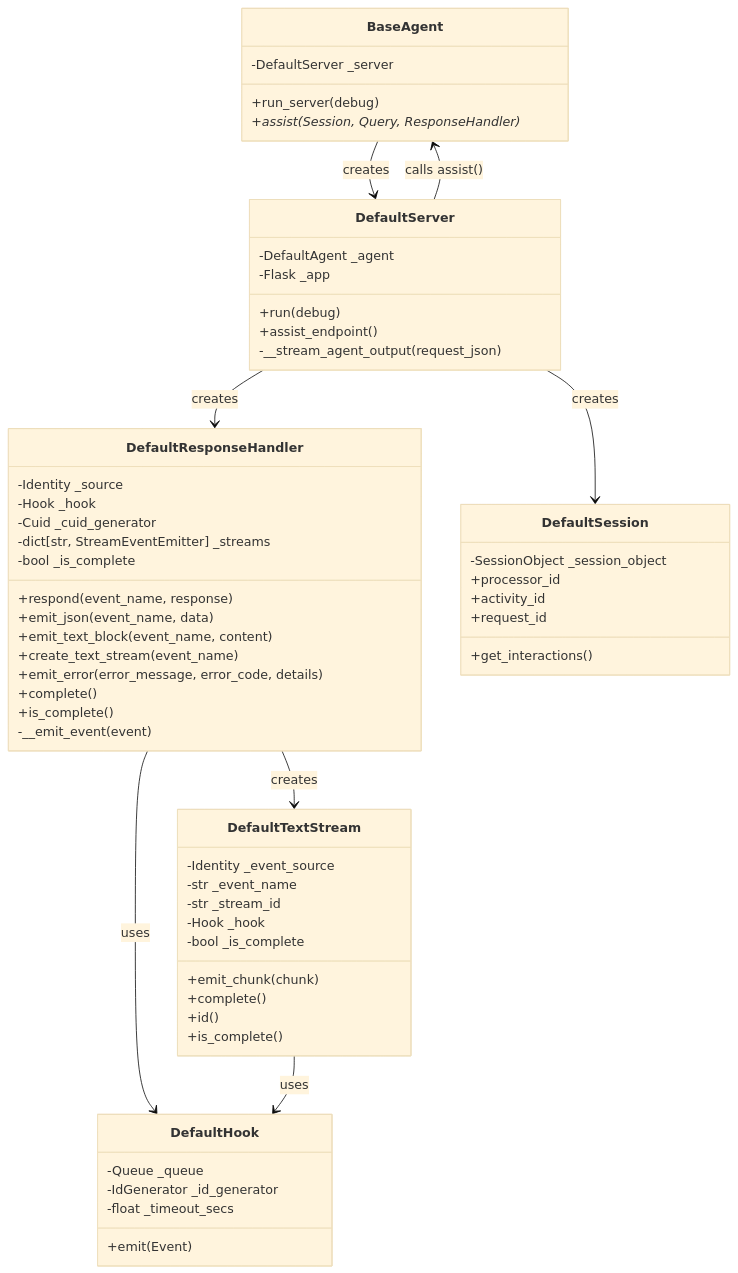
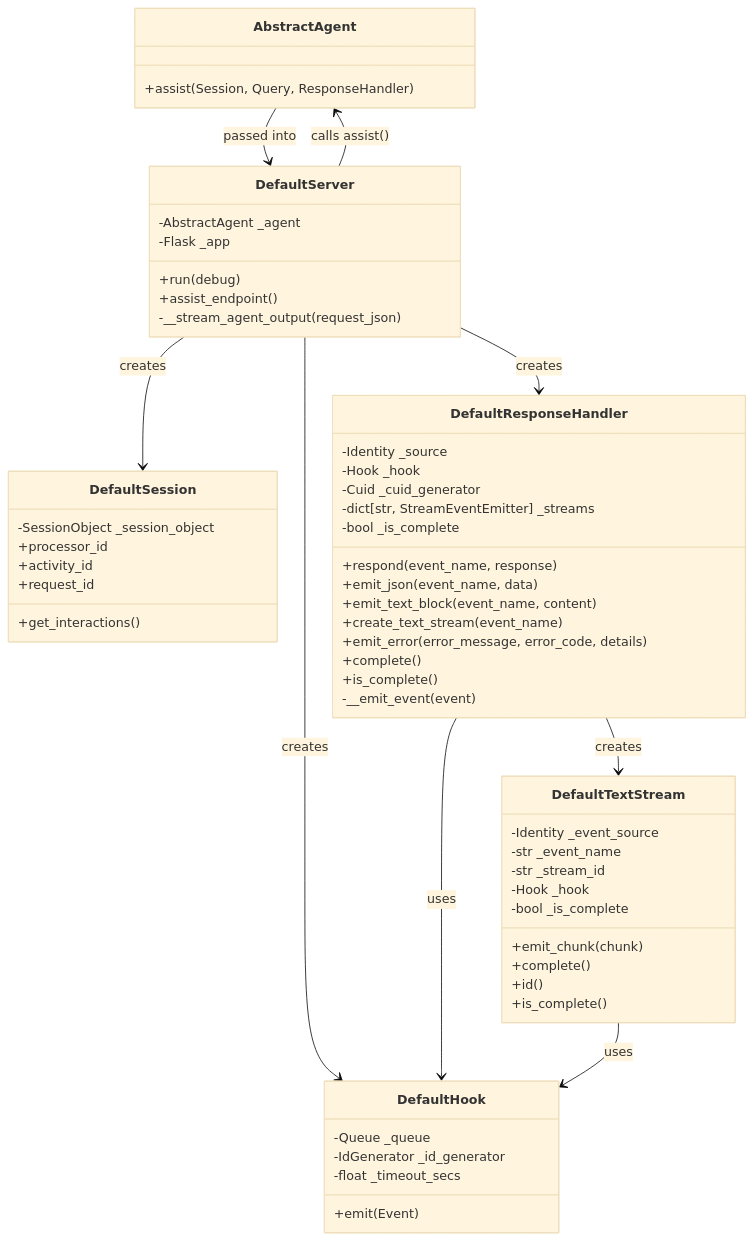
The first of 3 diagrams in src/sentient_agent_framework/implementation/README.md (sentient-agi/Sentient-Agent-Framework), drawn with Mermaid (base theme) before and after one commit. The commit also changed other lines of this file and 6 other files, not shown here.

First line of the commit message:
Change architecture (pass agent into server)

````diff
--- a/src/sentient_agent_framework/implementation/README.md
+++ b/src/sentient_agent_framework/implementation/README.md
@@ -2,67 +2,66 @@
 ```mermaid
-classDiagram    
-    class BaseAgent {
-        -DefaultServer _server
-        +run_server(debug)
-        +assist(Session, Query, ResponseHandler)*
+classDiagram
+    class AbstractAgent {
+        +assist(Session, Query, ResponseHandler)
+    }
+
+    class DefaultServer {
+        -AbstractAgent _agent
+        -Flask _app
+        +run(debug)
+        +assist_endpoint()
+        -__stream_agent_output(request_json)
+    }
+
+    class DefaultSession {
+        -SessionObject _session_object
+        +processor_id
+        +activity_id
+        +request_id
+        +get_interactions()
+    }
+
+    class DefaultHook {
+        -Queue _queue
+        -IdGenerator _id_generator
+        -float _timeout_secs
+        +emit(Event)
     }
     
     class DefaultResponseHandler {
         -Identity _source
         -Hook _hook
         -Cuid _cuid_generator
         -dict[str, StreamEventEmitter] _streams
         -bool _is_complete
         +respond(event_name, response)
         +emit_json(event_name, data)
         +emit_text_block(event_name, content)
         +create_text_stream(event_name)
         +emit_error(error_message, error_code, details)
         +complete()
         +is_complete()
         -__emit_event(event)
     }
     
     class DefaultTextStream {
         -Identity _event_source
         -str _event_name
         -str _stream_id
         -Hook _hook
         -bool _is_complete
         +emit_chunk(chunk)
         +complete()
         +id()
         +is_complete()
     }
     
-    class DefaultHook {
-        -Queue _queue
-        -IdGenerator _id_generator
-        -float _timeout_secs
-        +emit(Event)
-    }
-    
-    class DefaultServer {
-        -DefaultAgent _agent
-        -Flask _app
-        +run(debug)
-        +assist_endpoint()
-        -__stream_agent_output(request_json)
-    }
-    
-    class DefaultSession {
-        -SessionObject _session_object
-        +processor_id
-        +activity_id
-        +request_id
-        +get_interactions()
-    }
-    
-    BaseAgent --> DefaultServer : creates
+    AbstractAgent --> DefaultServer : passed into
     DefaultServer --> DefaultSession : creates
+    DefaultServer --> DefaultHook : creates
     DefaultServer --> DefaultResponseHandler : creates
-    DefaultServer --> BaseAgent : calls assist()
+    DefaultServer --> AbstractAgent : calls assist()
     DefaultResponseHandler --> DefaultHook : uses
     DefaultResponseHandler --> DefaultTextStream : creates
     DefaultTextStream --> DefaultHook : uses
 ```
````
